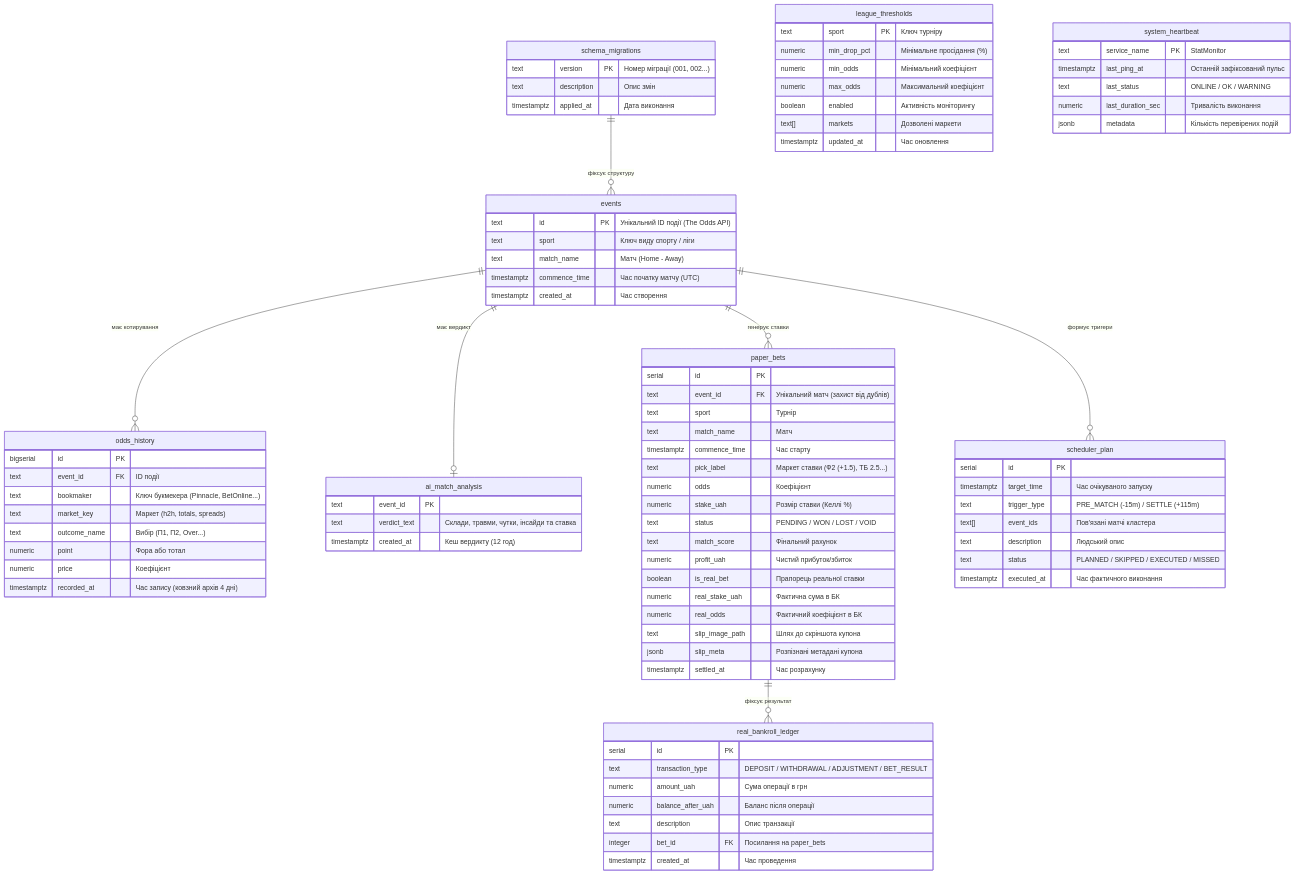
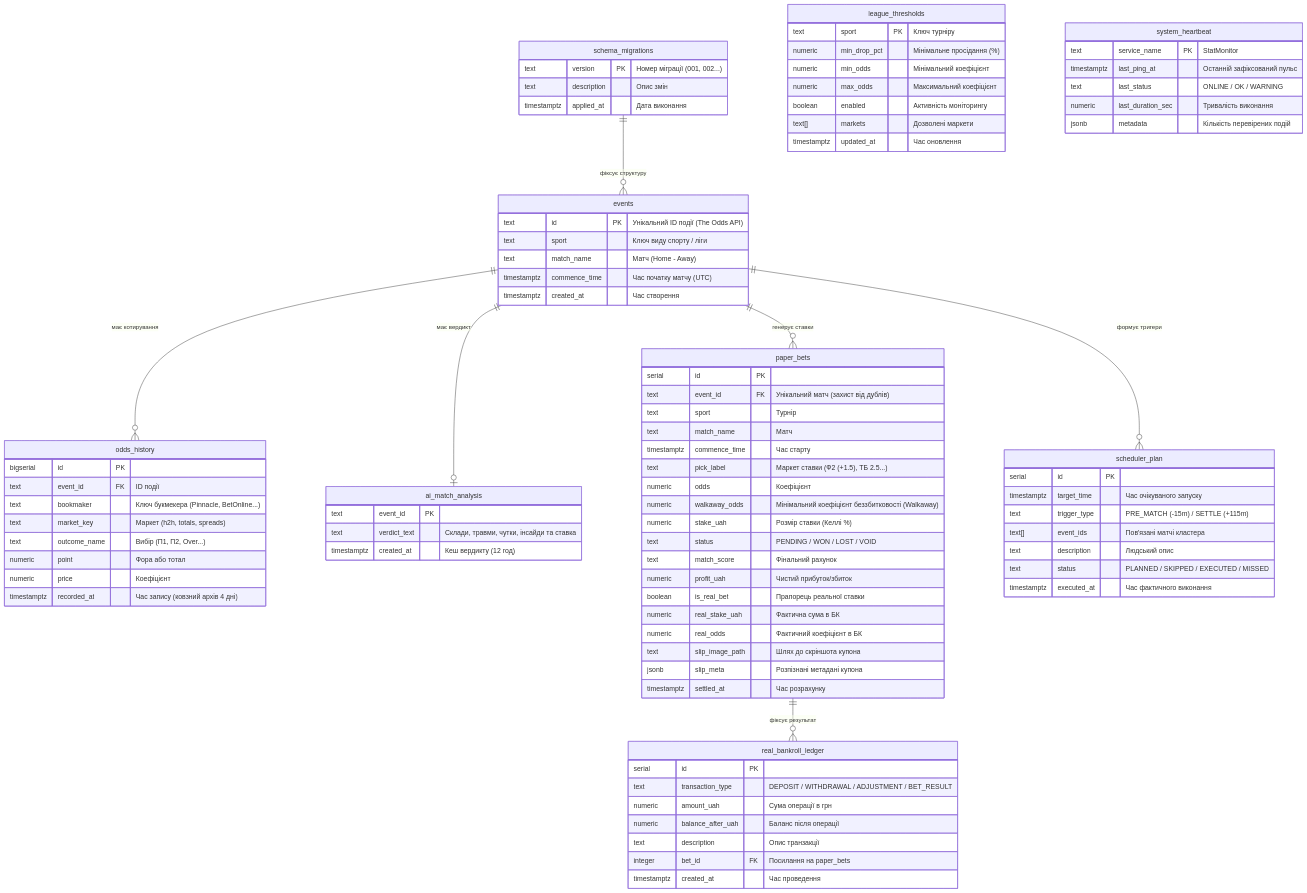
The second of 2 diagrams in docs/architecture.md (vsymchak/StatMonitor), drawn with Mermaid before and after one commit. The commit also changed other lines of this file and 14 other files, not shown here.

Commit message:
feat(quant): implement Step 37 walkaway odds in Telegram alerts and dashboard (SPEC-37)

```diff
--- a/docs/architecture.md
+++ b/docs/architecture.md
@@ -209,6 +211,7 @@
         timestamptz commence_time "Час старту"
         text pick_label "Маркет ставки (Ф2 (+1.5), ТБ 2.5...)"
         numeric odds "Коефіцієнт"
+        numeric walkaway_odds "Мінімальний коефіцієнт беззбитковості (Walkaway)"
         numeric stake_uah "Розмір ставки (Келлі %)"
         text status "PENDING / WON / LOST / VOID"
         text match_score "Фінальний рахунок"
```
